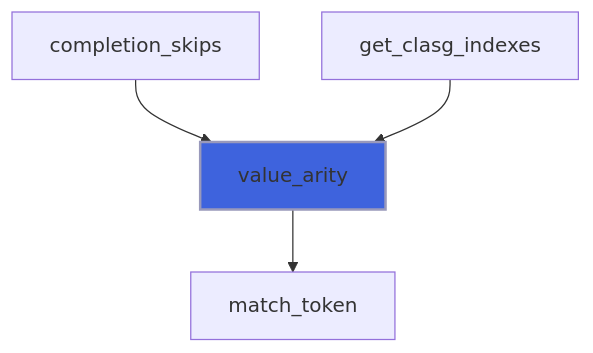
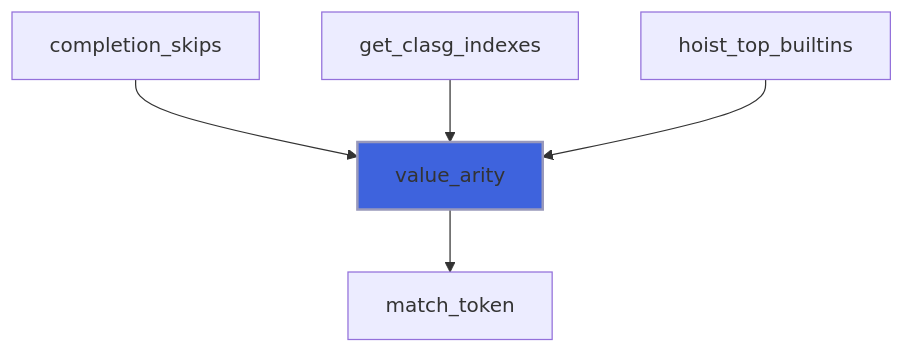
One commit to szaghi/FLAP changed diagram 34 of 43 in docs/api/src/lib/flap_command_line_arguments_group_t.md. Above: the diagram before and after it, drawn with Mermaid. The commit also changed other lines of this file and 15 other files, not shown here.

````diff
--- a/docs/api/src/lib/flap_command_line_arguments_group_t.md
+++ b/docs/api/src/lib/flap_command_line_arguments_group_t.md
@@ -1278,7 +1279,8 @@
 ```mermaid
 flowchart TD
   completion_skips["completion_skips"] --> value_arity["value_arity"]
   get_clasg_indexes["get_clasg_indexes"] --> value_arity["value_arity"]
+  hoist_top_builtins["hoist_top_builtins"] --> value_arity["value_arity"]
   value_arity["value_arity"] --> match_token["match_token"]
   style value_arity fill:#3e63dd,stroke:#99b,stroke-width:2px
 ```
````
